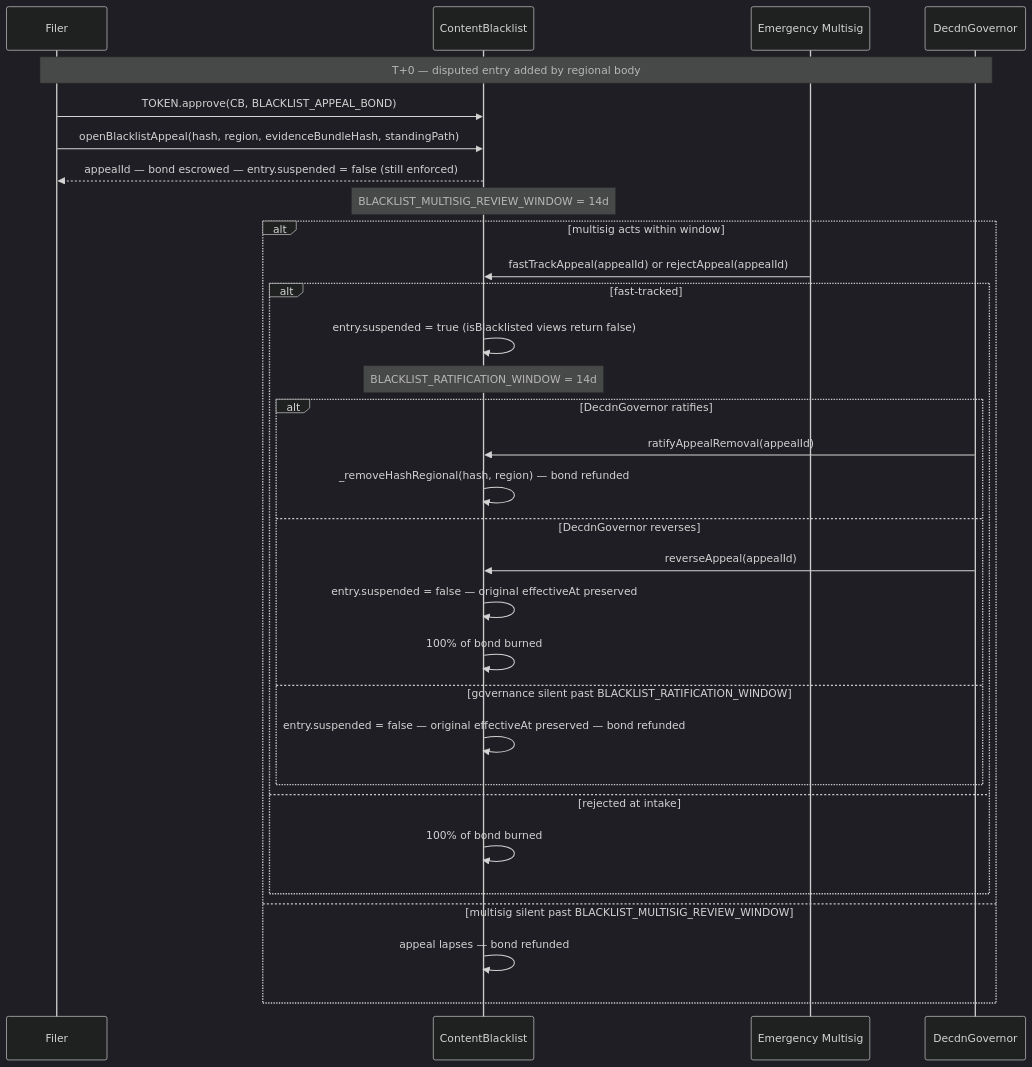
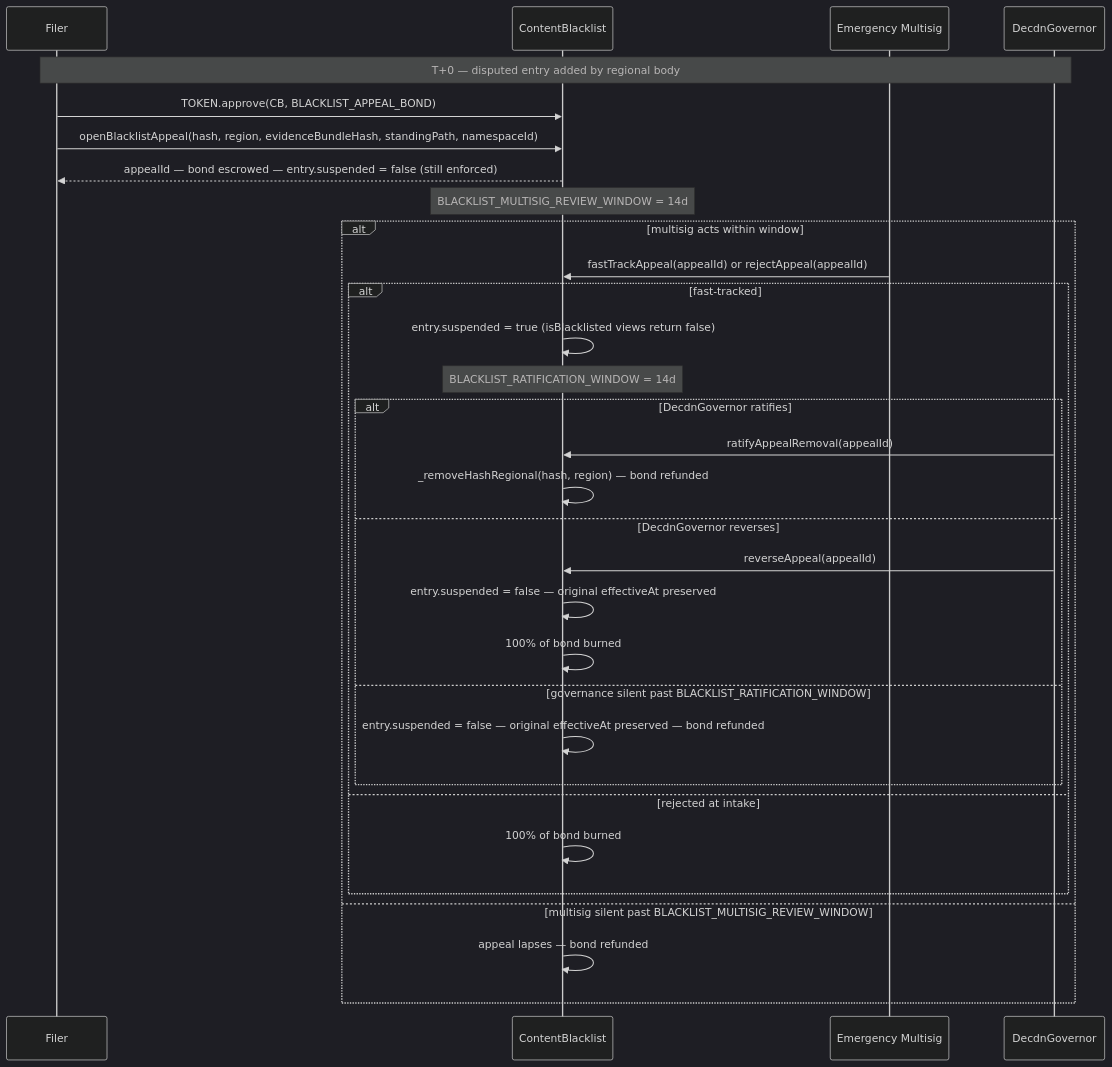
The diagram in adr/011-content-takedown.md (decdn/decdn), drawn with Mermaid (dark theme) before and after one commit. The commit also changed other lines of this file and 9 other files, not shown here.

First line of the commit message:
feat(contracts): enforce Publisher and TokenHolder standing at appeal filing (audit I-3) (#1017) (#1050)

````diff
--- a/adr/011-content-takedown.md
+++ b/adr/011-content-takedown.md
@@ -215,33 +214,33 @@
 ```mermaid
 sequenceDiagram
     participant F as Filer
     participant CB as ContentBlacklist
     participant EM as Emergency Multisig
     participant Gov as DecdnGovernor
     Note over F,Gov: T+0 — disputed entry added by regional body
     F->>CB: TOKEN.approve(CB, BLACKLIST_APPEAL_BOND)
-    F->>CB: openBlacklistAppeal(hash, region, evidenceBundleHash, standingPath)
+    F->>CB: openBlacklistAppeal(hash, region, evidenceBundleHash, standingPath, namespaceId)
     CB-->>F: appealId — bond escrowed — entry.suspended = false (still enforced)
     Note over CB: BLACKLIST_MULTISIG_REVIEW_WINDOW = 14d
     alt multisig acts within window
         EM->>CB: fastTrackAppeal(appealId) or rejectAppeal(appealId)
         alt fast-tracked
             CB->>CB: entry.suspended = true (isBlacklisted views return false)
             Note over CB: BLACKLIST_RATIFICATION_WINDOW = 14d
             alt DecdnGovernor ratifies
                 Gov->>CB: ratifyAppealRemoval(appealId)
                 CB->>CB: _removeHashRegional(hash, region) — bond refunded
             else DecdnGovernor reverses
                 Gov->>CB: reverseAppeal(appealId)
                 CB->>CB: entry.suspended = false — original effectiveAt preserved
                 CB->>CB: 100% of bond burned
             else governance silent past BLACKLIST_RATIFICATION_WINDOW
                 CB->>CB: entry.suspended = false — original effectiveAt preserved — bond refunded
             end
         else rejected at intake
             CB->>CB: 100% of bond burned
         end
     else multisig silent past BLACKLIST_MULTISIG_REVIEW_WINDOW
         CB->>CB: appeal lapses — bond refunded
     end
 ```
````
